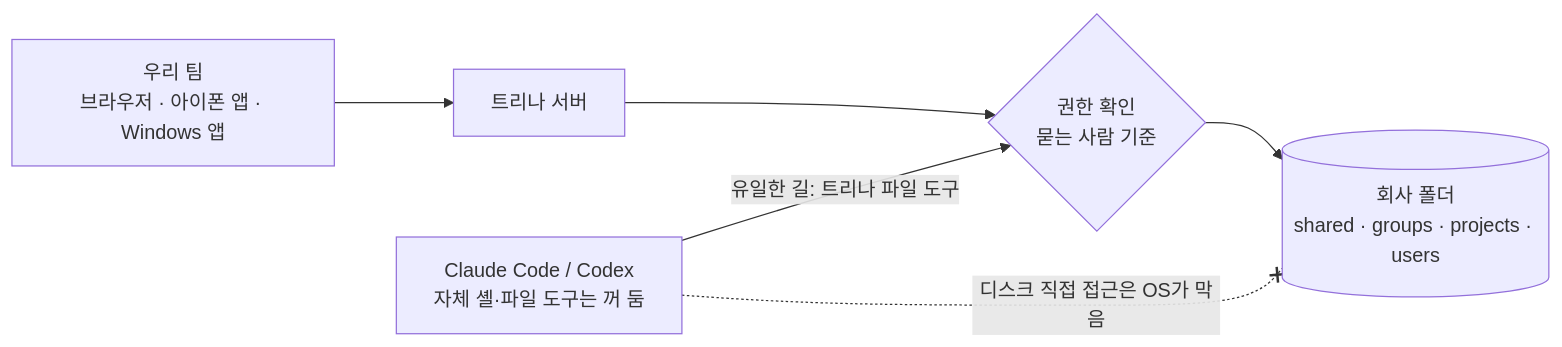
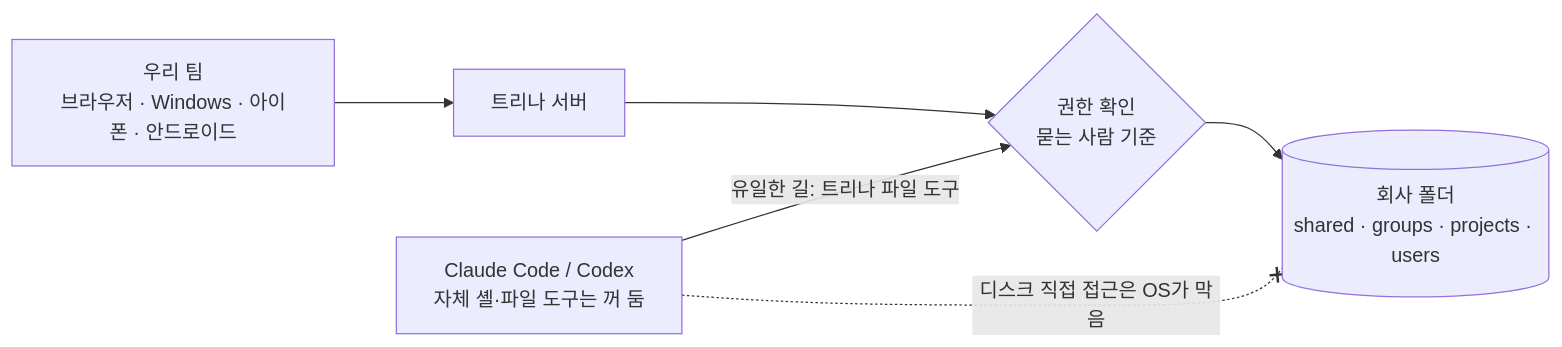
One commit to trina-app/trina-ax changed the diagram in README.ko.md. Above: the diagram before and after it, drawn with Mermaid. The commit also changed other lines of this file and 4 other files, not shown here.

````diff
--- a/README.ko.md
+++ b/README.ko.md
@@ -95,8 +77,8 @@
 ```mermaid
 flowchart LR
-  P["우리 팀<br/>브라우저 · 아이폰 앱 · Windows 앱"] --> S["트리나 서버"]
+  P["우리 팀<br/>브라우저 · Windows · 아이폰 · 안드로이드"] --> S["트리나 서버"]
   E["Claude Code / Codex<br/>자체 셸·파일 도구는 꺼 둠"] -->|"유일한 길: 트리나 파일 도구"| C{"권한 확인<br/>묻는 사람 기준"}
   S --> C
   C --> D[("회사 폴더<br/>shared · groups · projects · users")]
   E -. "디스크 직접 접근은 OS가 막음" .-x D
 ```
````
